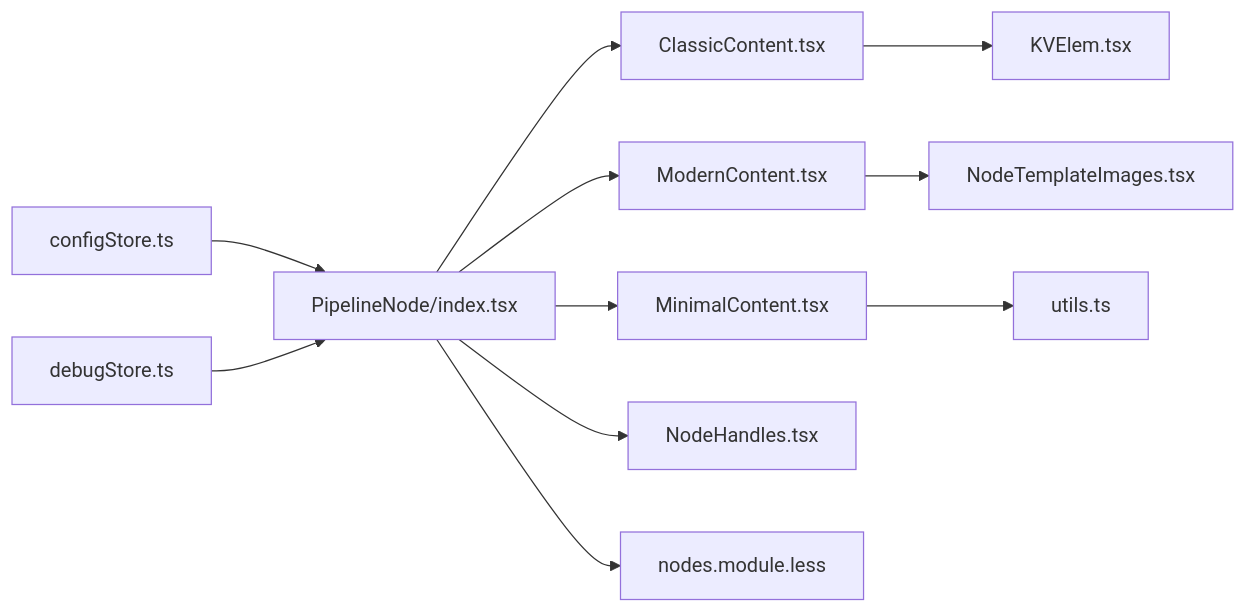
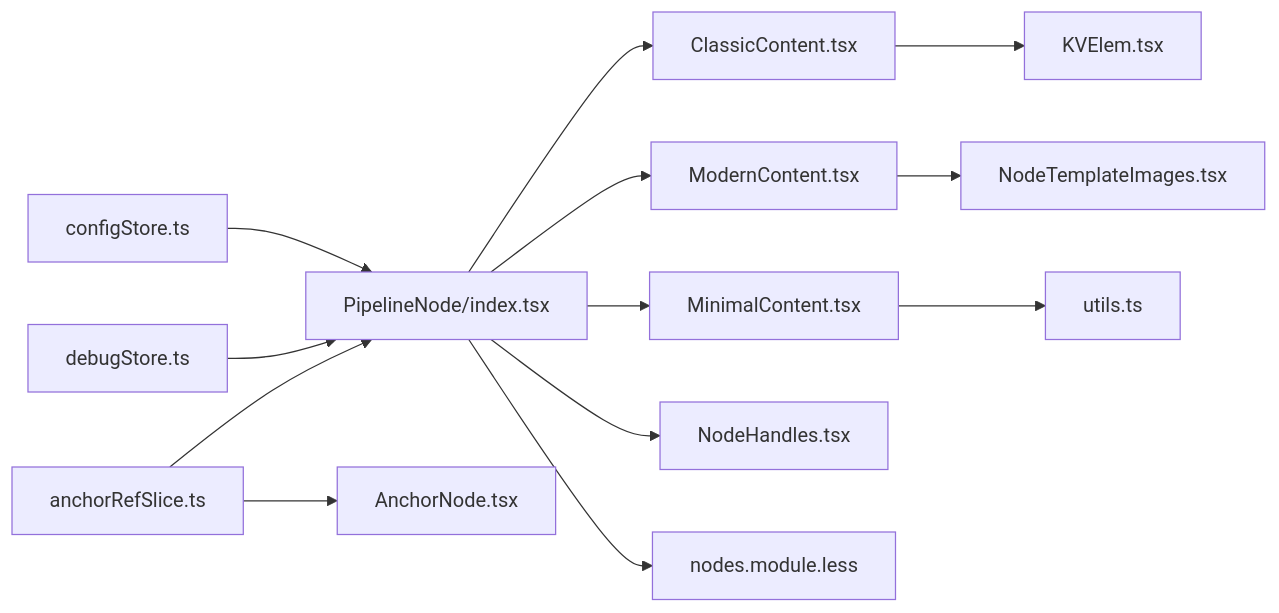
Before and after one commit to kqcoxn/MaaPipelineEditor: the ninth of 9 diagrams in .qoder/repowiki/zh/content/核心概念/节点系统/Pipeline节点.md, drawn with Mermaid. The commit also changed other lines of this file and 19 other files, not shown here.

````diff
--- a/.qoder/repowiki/zh/content/核心概念/节点系统/Pipeline节点.md
+++ b/.qoder/repowiki/zh/content/核心概念/节点系统/Pipeline节点.md
@@ -338,13 +395,15 @@
 ```mermaid
 graph LR
 CFG["configStore.ts"] --> PN["PipelineNode/index.tsx"]
 DBG["debugStore.ts"] --> PN
+ARS["anchorRefSlice.ts"] --> PN
 PN --> CC["ClassicContent.tsx"]
 PN --> MC["ModernContent.tsx"]
 PN --> MinC["MinimalContent.tsx"]
 MC --> TPI["NodeTemplateImages.tsx"]
 CC --> KV["KVElem.tsx"]
 MinC --> U["utils.ts"]
 PN --> H["NodeHandles.tsx"]
 PN --> CSS["nodes.module.less"]
+ARS --> AN["AnchorNode.tsx"]
 ```
````
